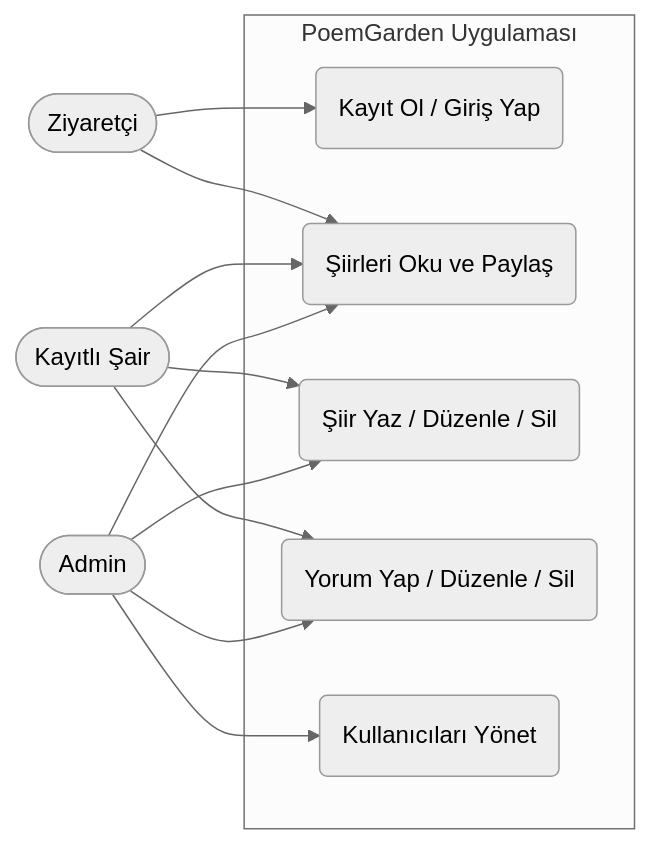
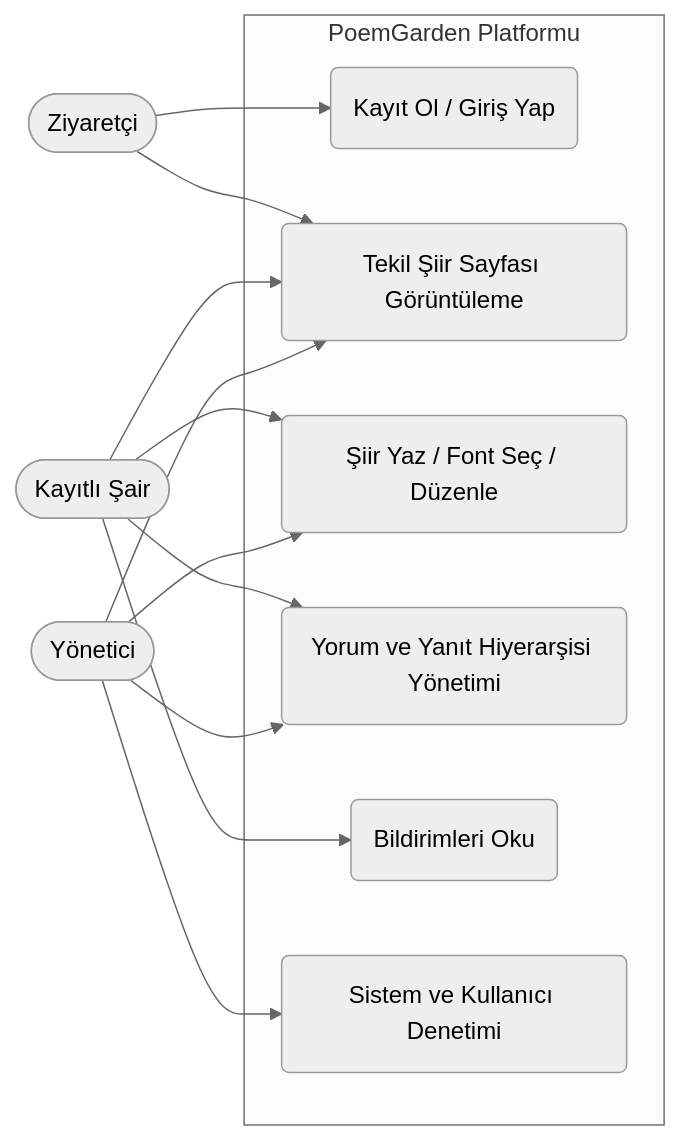
The first of 4 diagrams in PROJE_RAPORU.md (bilalkaplan/PoemGarden), drawn with Mermaid (neutral theme) before and after one commit. The commit also changed other lines of this file and 1 other file, not shown here.

````diff
--- a/PROJE_RAPORU.md
+++ b/PROJE_RAPORU.md
@@ -34,22 +79,24 @@
 ```mermaid
 flowchart LR
-    subgraph PoemGarden [PoemGarden Uygulaması]
+    subgraph PoemGarden [PoemGarden Platformu]
         UC1(Kayıt Ol / Giriş Yap)
-        UC2(Şiirleri Oku ve Paylaş)
-        UC3(Şiir Yaz / Düzenle / Sil)
-        UC4(Yorum Yap / Düzenle / Sil)
-        UC5(Kullanıcıları Yönet)
+        UC2(Tekil Şiir Sayfası Görüntüleme)
+        UC3(Şiir Yaz / Font Seç / Düzenle)
+        UC4(Yorum ve Yanıt Hiyerarşisi Yönetimi)
+        UC5(Bildirimleri Oku)
+        UC6(Sistem ve Kullanıcı Denetimi)
     end
 
     Ziyaretçi([Ziyaretçi]) --> UC1
     Ziyaretçi --> UC2
 
     Kullanıcı([Kayıtlı Şair]) --> UC2
     Kullanıcı --> UC3
     Kullanıcı --> UC4
+    Kullanıcı --> UC5
 
-    Admin([Admin]) --> UC2
+    Admin([Yönetici]) --> UC2
     Admin --> UC3
     Admin --> UC4
-    Admin --> UC5
+    Admin --> UC6
 ```
````
